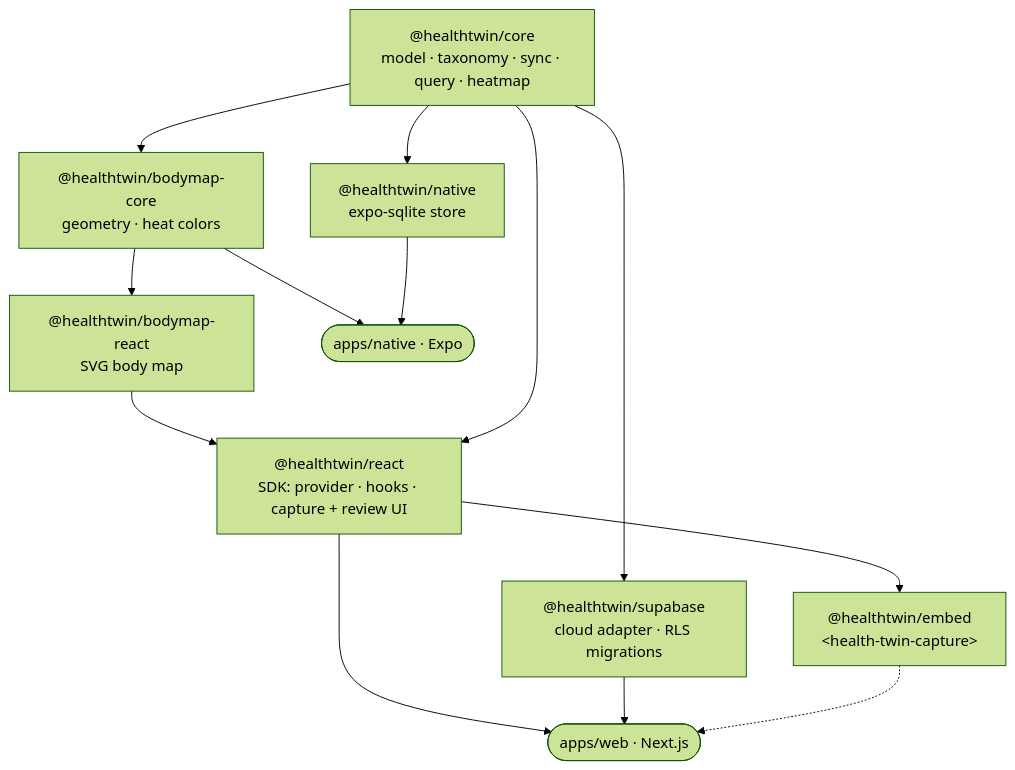
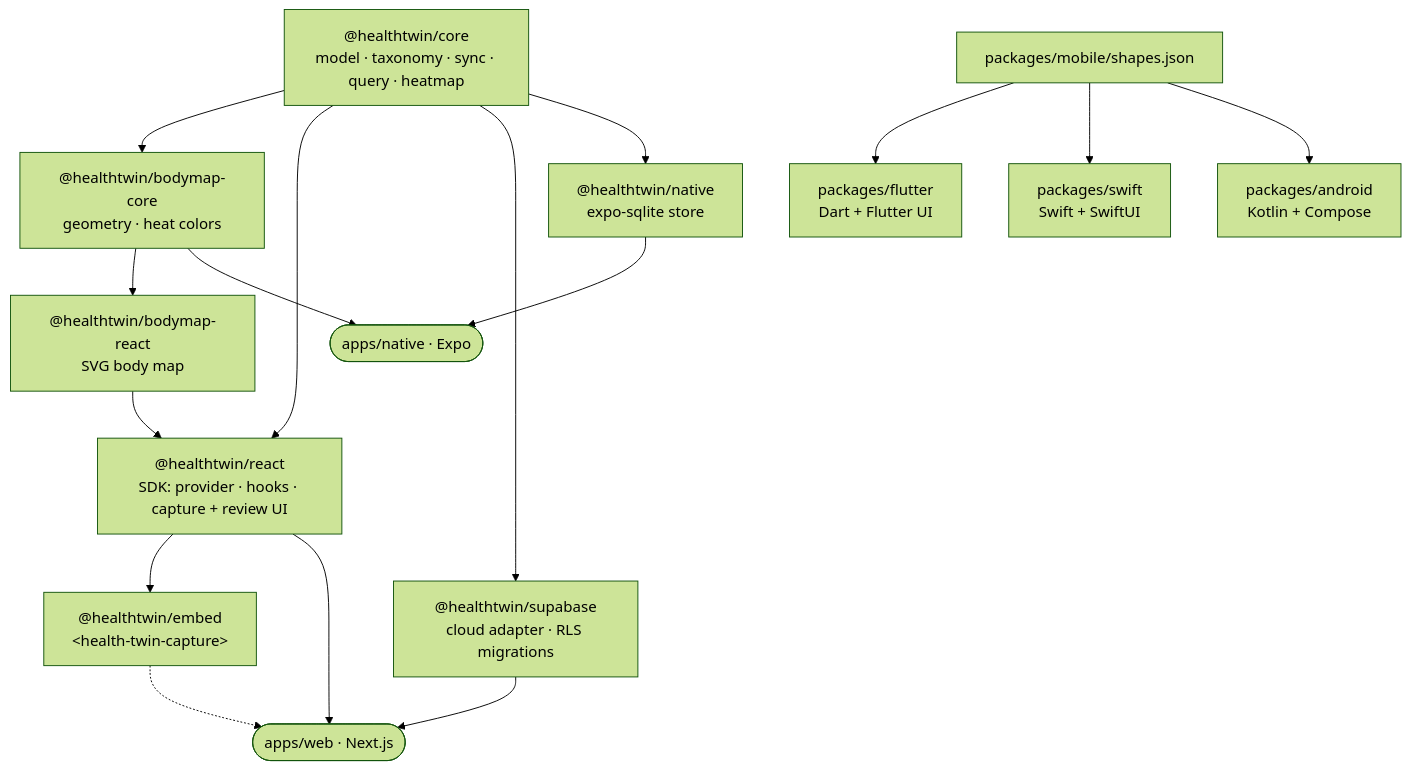
One commit to fathyshalaby/healthtwin changed the diagram in README.md. Above: the diagram before and after it, drawn with Mermaid (forest theme). The commit also changed other lines of this file and 90 other files, not shown here.

````diff
--- a/README.md
+++ b/README.md
@@ -51,23 +52,30 @@
 ```mermaid
 flowchart TD
   core["@healthtwin/core<br/>model · taxonomy · sync · query · heatmap"]
   bmcore["@healthtwin/bodymap-core<br/>geometry · heat colors"]
   bmreact["@healthtwin/bodymap-react<br/>SVG body map"]
   react["@healthtwin/react<br/>SDK: provider · hooks · capture + review UI"]
   supa["@healthtwin/supabase<br/>cloud adapter · RLS migrations"]
   native["@healthtwin/native<br/>expo-sqlite store"]
+  flutter["packages/flutter<br/>Dart + Flutter UI"]
+  swift["packages/swift<br/>Swift + SwiftUI"]
+  android["packages/android<br/>Kotlin + Compose"]
   embed["@healthtwin/embed<br/>&lt;health-twin-capture&gt;"]
   web(["apps/web · Next.js"])
   app(["apps/native · Expo"])
+  geomjson["packages/mobile/shapes.json"]
 
   core --> bmcore --> bmreact --> react
   core --> react
   core --> supa
   core --> native
   react --> embed
   react --> web
   supa --> web
   bmcore --> app
   native --> app
   embed -.-> web
+  geomjson --> flutter
+  geomjson --> swift
+  geomjson --> android
 ```
````
